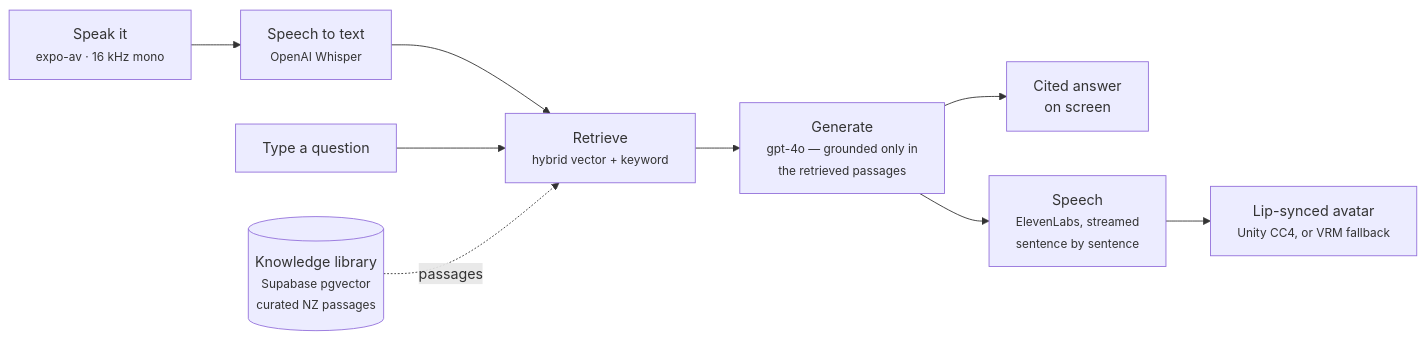
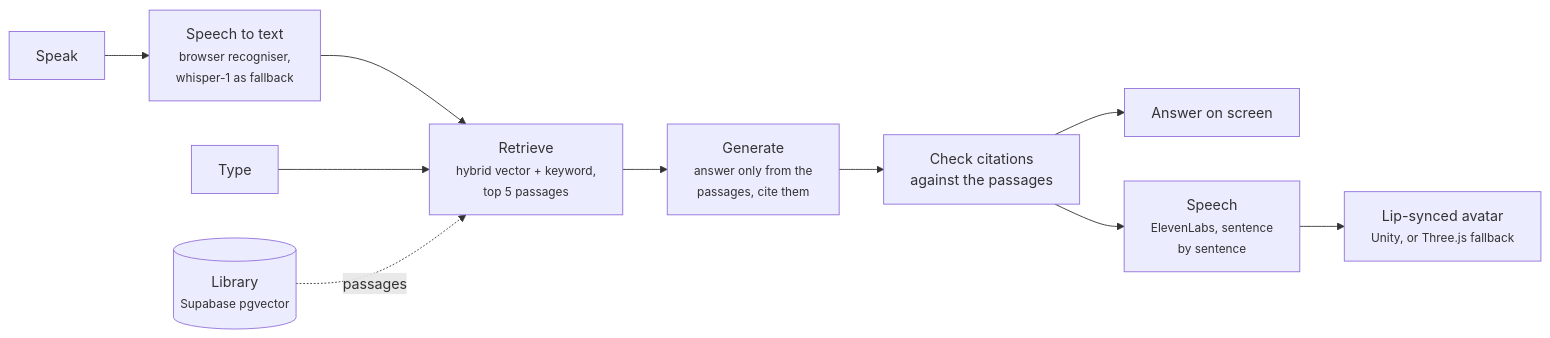
The diagram in README.md (Richman-Tan/DementiaGuideAI), drawn with Mermaid before and after one commit. The commit also changed other lines of this file, not shown here.

````diff
--- a/README.md
+++ b/README.md
@@ -24,13 +205,12 @@
 ```mermaid
 flowchart LR
-    mic["Speak it<br/><small>expo-av · 16 kHz mono</small>"] --> stt["Speech to text<br/><small>OpenAI Whisper</small>"]
+    mic["Speak"] --> stt["Speech to text<br/><small>browser recogniser,<br/>whisper-1 as fallback</small>"]
     stt --> ret
-    txt["Type a question"] --> ret
-
-    ret["Retrieve<br/><small>hybrid vector + keyword</small>"] --> gen["Generate<br/><small>gpt-4o — grounded only in<br/>the retrieved passages</small>"]
-    kb[("Knowledge library<br/><small>Supabase pgvector<br/>curated NZ passages</small>")] -. passages .-> ret
-
-    gen --> screen["Cited answer<br/>on screen"]
-    gen --> tts["Speech<br/><small>ElevenLabs, streamed<br/>sentence by sentence</small>"]
-    tts --> avatar["Lip-synced avatar<br/><small>Unity CC4, or VRM fallback</small>"]
+    txt["Type"] --> ret
+    ret["Retrieve<br/><small>hybrid vector + keyword,<br/>top 5 passages</small>"] --> gen["Generate<br/><small>answer only from the<br/>passages, cite them</small>"]
+    kb[("Library<br/><small>Supabase pgvector</small>")] -. passages .-> ret
+    gen --> check["Check citations<br/>against the passages"]
+    check --> screen["Answer on screen"]
+    check --> tts["Speech<br/><small>ElevenLabs, sentence<br/>by sentence</small>"]
+    tts --> avatar["Lip-synced avatar<br/><small>Unity, or Three.js fallback</small>"]
 ```
````
